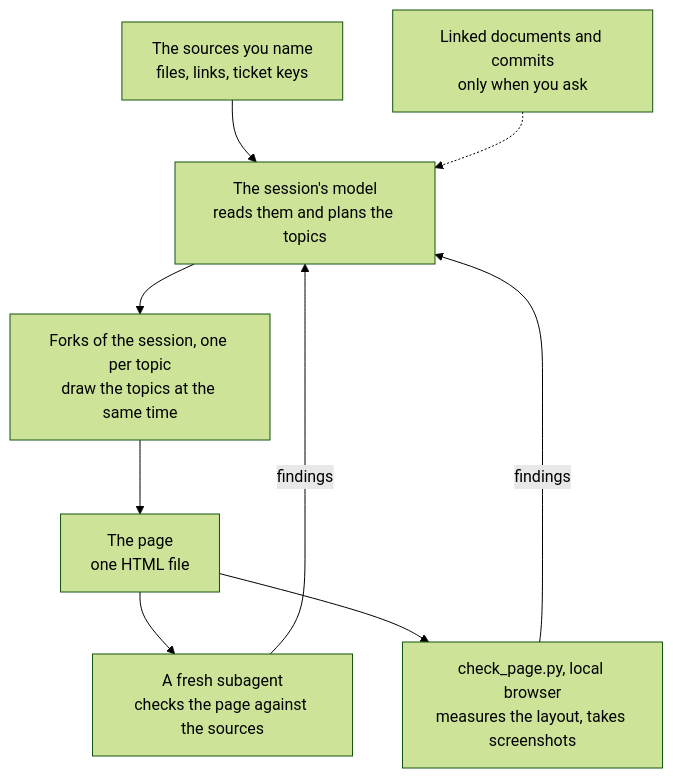
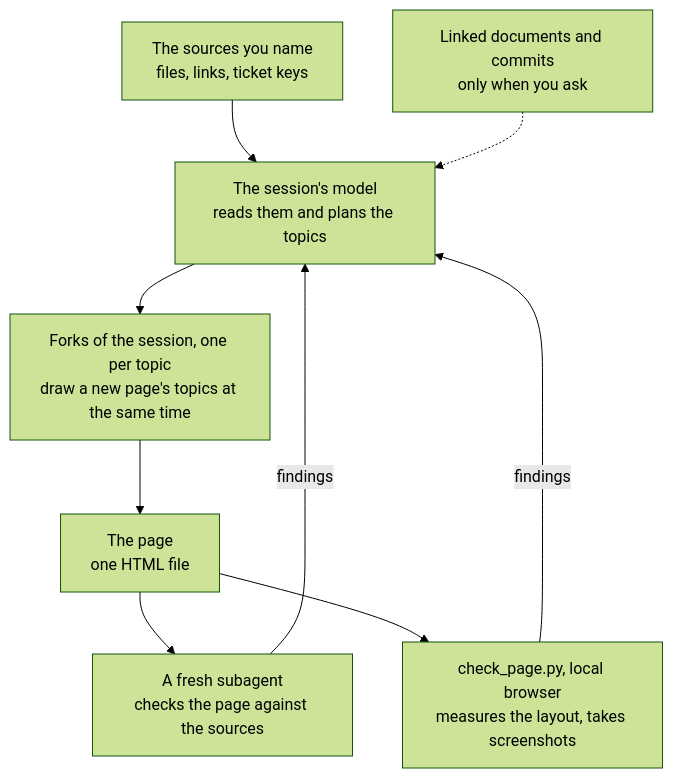
The diagram in plugins/visualise-document/README.md (tundra-east/tundra), drawn with Mermaid (forest theme) before and after one commit. The commit also changed other lines of this file and 4 other files, not shown here.

````diff
--- a/plugins/visualise-document/README.md
+++ b/plugins/visualise-document/README.md
@@ -35,11 +35,11 @@
 ```mermaid
 flowchart TB
     sources["The sources you name<br>files, links, ticket keys"] --> read
     linked["Linked documents and commits<br>only when you ask"] -.-> read
-    read["The session's model<br>reads them and plans the topics"] --> forks["Forks of the session, one per topic<br>draw the topics at the same time"]
+    read["The session's model<br>reads them and plans the topics"] --> forks["Forks of the session, one per topic<br>draw a new page's topics at the same time"]
     forks --> page["The page<br>one HTML file"]
     page --> verify["A fresh subagent<br>checks the page against the sources"]
     page --> check["check_page.py, local browser<br>measures the layout, takes screenshots"]
     verify -- findings --> read
     check -- findings --> read
 ```
````
